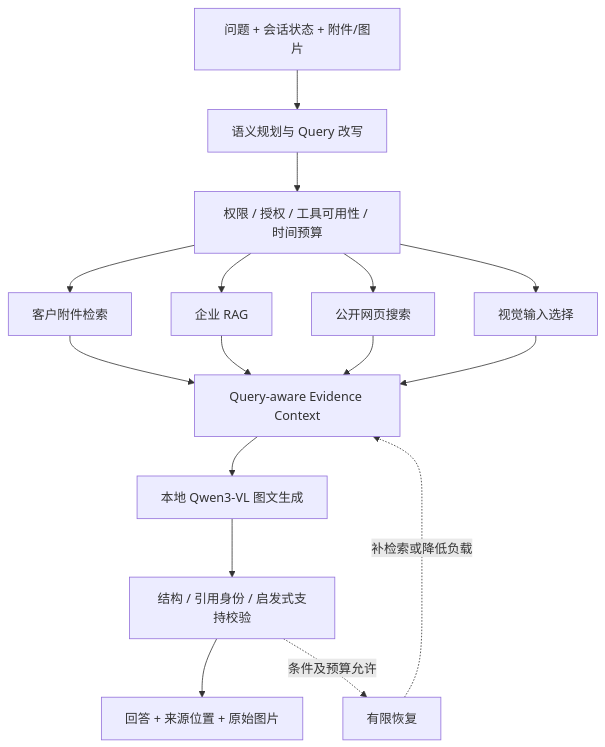
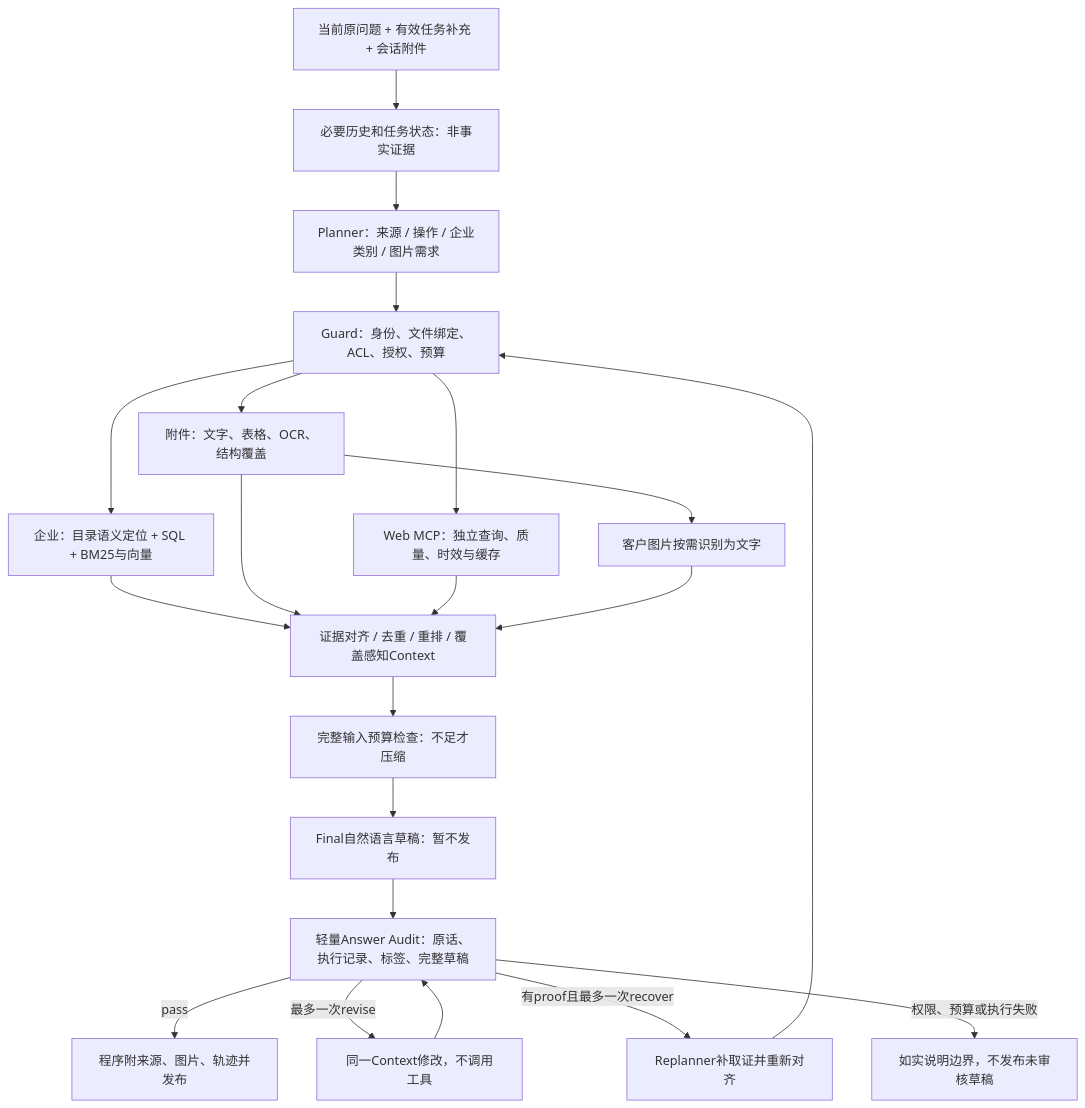
One commit to MaSunKing/facade-multimodal-rag-agent changed the diagram in README.md. Above: the diagram before and after it, drawn with Mermaid. The commit also changed other lines of this file and 381 other files, not shown here.

````diff
--- a/README.md
+++ b/README.md
@@ -17,18 +22,23 @@
 ```mermaid
 flowchart TD
-    Q[问题 + 会话状态 + 附件/图片] --> P[语义规划与 Query 改写]
-    P --> G[权限 / 授权 / 工具可用性 / 时间预算]
-    G --> A[客户附件检索]
-    G --> R[企业 RAG]
-    G --> W[公开网页搜索]
-    G --> V[视觉输入选择]
-    A --> C[Query-aware Evidence Context]
-    R --> C
-    W --> C
-    V --> C
-    C --> M[本地 Qwen3-VL 图文生成]
-    M --> K[结构 / 引用身份 / 启发式支持校验]
-    K --> O[回答 + 来源位置 + 原始图片]
-    K -. 条件及预算允许 .-> B[有限恢复]
-    B -. 补检索或降低负载 .-> C
+    U[当前原问题 + 有效任务补充 + 会话附件] --> H[必要历史和任务状态：非事实证据]
+    H --> P[Planner：来源 / 操作 / 企业类别 / 图片需求]
+    P --> G[Guard：身份、文件绑定、ACL、授权、预算]
+    G --> C[企业：目录语义定位 + SQL + BM25与向量]
+    G --> D[附件：文字、表格、OCR、结构覆盖]
+    G --> W[Web MCP：独立查询、质量、时效与缓存]
+    D --> V[客户图片按需识别为文字]
+    C --> E[证据对齐 / 去重 / 重排 / 覆盖感知Context]
+    D --> E
+    W --> E
+    V --> E
+    E --> B[完整输入预算检查：不足才压缩]
+    B --> F[Final自然语言草稿：暂不发布]
+    F --> A[轻量Answer Audit：原话、执行记录、标签、完整草稿]
+    A -->|pass| O[程序附来源、图片、轨迹并发布]
+    A -->|最多一次revise| R[同一Context修改，不调用工具]
+    R --> A
+    A -->|有proof且最多一次recover| RP[Replanner补取证并重新对齐]
+    RP --> G
+    A -->|权限、预算或执行失败| L[如实说明边界，不发布未审核草稿]
 ```
````
